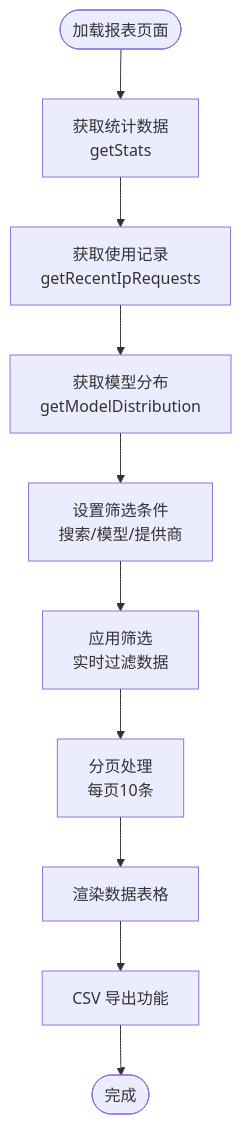
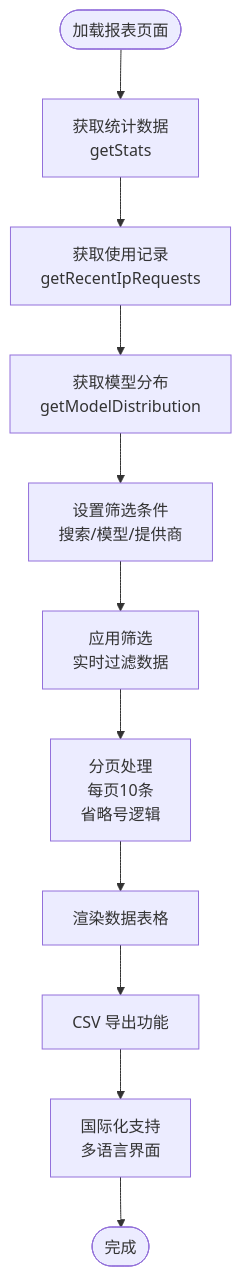
One commit to RadiumAg/AIGate changed the fourth of 15 diagrams in .qoder/repowiki/zh/content/监控与分析/仪表板组件.md. Above: the diagram before and after it, drawn with Mermaid. The commit also changed other lines of this file and 3 other files, not shown here.

````diff
--- a/.qoder/repowiki/zh/content/监控与分析/仪表板组件.md
+++ b/.qoder/repowiki/zh/content/监控与分析/仪表板组件.md
@@ -229,12 +258,13 @@
 ```mermaid
 flowchart TD
 Start(["加载报表页面"]) --> LoadStats["获取统计数据<br/>getStats"]
 LoadStats --> LoadRecords["获取使用记录<br/>getRecentIpRequests"]
 LoadRecords --> LoadDistribution["获取模型分布<br/>getModelDistribution"]
 LoadDistribution --> SetupFilters["设置筛选条件<br/>搜索/模型/提供商"]
 SetupFilters --> FilterData["应用筛选<br/>实时过滤数据"]
-FilterData --> Paginate["分页处理<br/>每页10条"]
+FilterData --> Paginate["分页处理<br/>每页10条<br/>省略号逻辑"]
 Paginate --> RenderTable["渲染数据表格"]
 RenderTable --> ExportCSV["CSV 导出功能"]
-ExportCSV --> End(["完成"])
+ExportCSV --> I18nSupport["国际化支持<br/>多语言界面"]
+I18nSupport --> End(["完成"])
 ```
````
